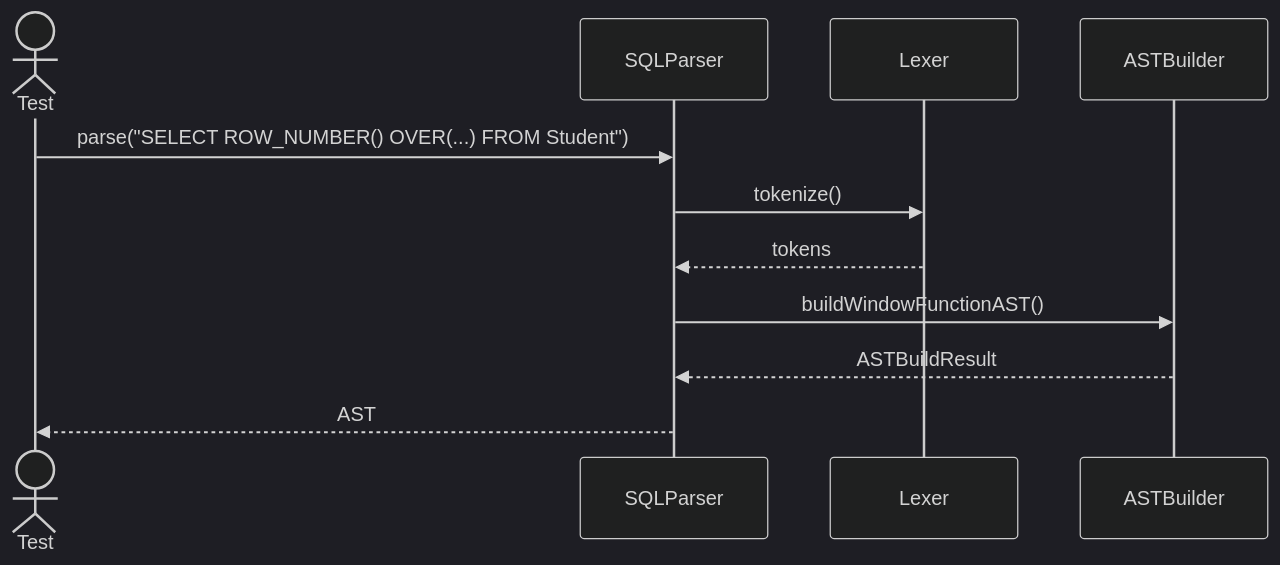
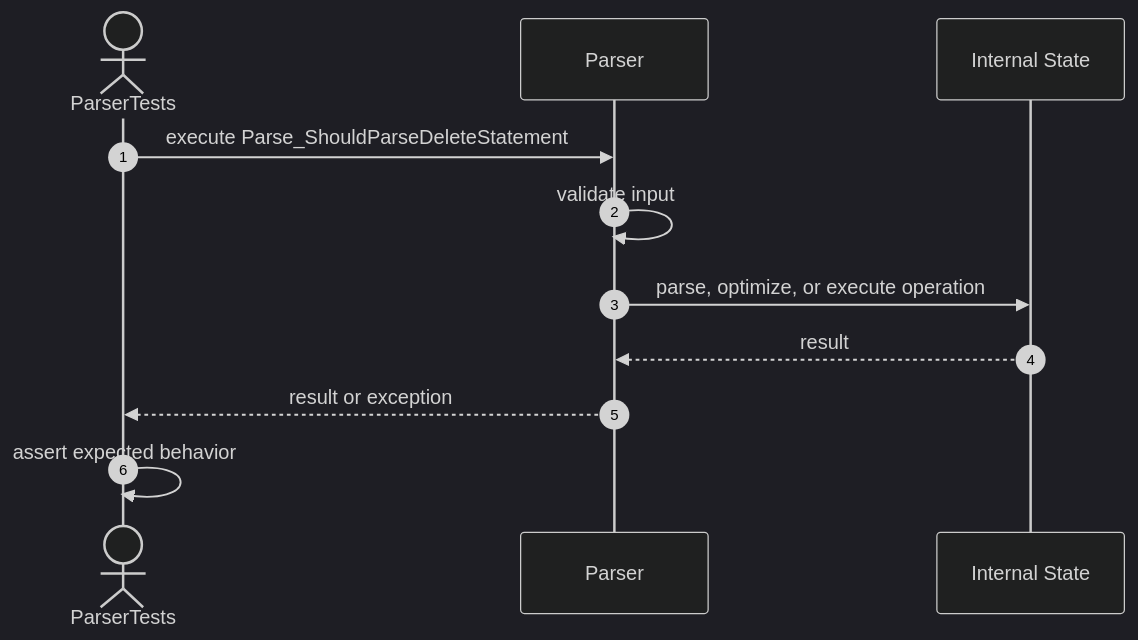
Before and after one commit to FhuAnn/-bbv-AN-s-DBMS: diagram 16 of 22 in src/tests/unit/query/sequences/sql-parser-testing.se.md, drawn with Mermaid (dark theme). The commit also changed other lines of this file and 36 other files, not shown here.

````diff
--- a/src/tests/unit/query/sequences/sql-parser-testing.se.md
+++ b/src/tests/unit/query/sequences/sql-parser-testing.se.md
@@ -289,14 +266,14 @@
 ```mermaid
 sequenceDiagram
-actor Test
-participant SQLParser
-participant Lexer
-participant ASTBuilder
+    autonumber
+    actor Test as ParserTests
+    participant Target as Parser
+    participant Internal as Internal State
 
-Test->>SQLParser: parse("SELECT ROW_NUMBER() OVER(...) FROM Student")
-SQLParser->>Lexer: tokenize()
-Lexer-->>SQLParser: tokens
-SQLParser->>ASTBuilder: buildWindowFunctionAST()
-ASTBuilder-->>SQLParser: ASTBuildResult
-SQLParser-->>Test: AST
+    Test->>Target: execute Parse_ShouldParseDeleteStatement
+    Target->>Target: validate input
+    Target->>Internal: parse, optimize, or execute operation
+    Internal-->>Target: result
+    Target-->>Test: result or exception
+    Test->>Test: assert expected behavior
 ```
````
